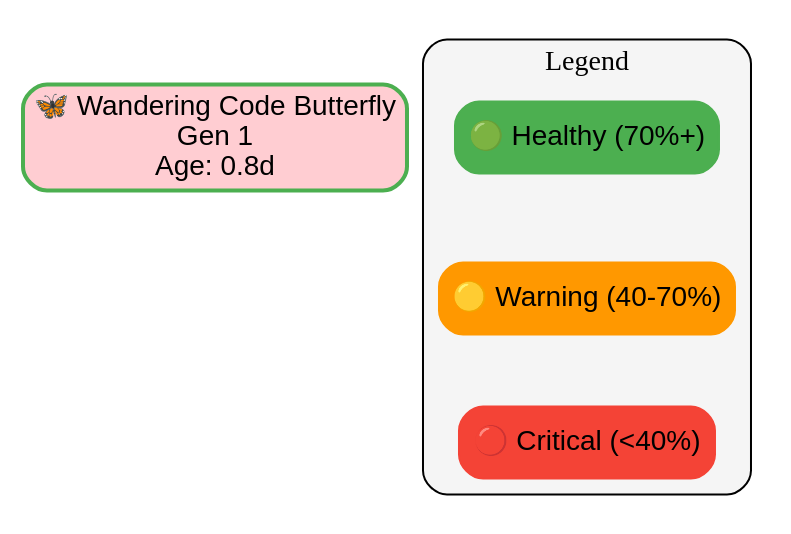
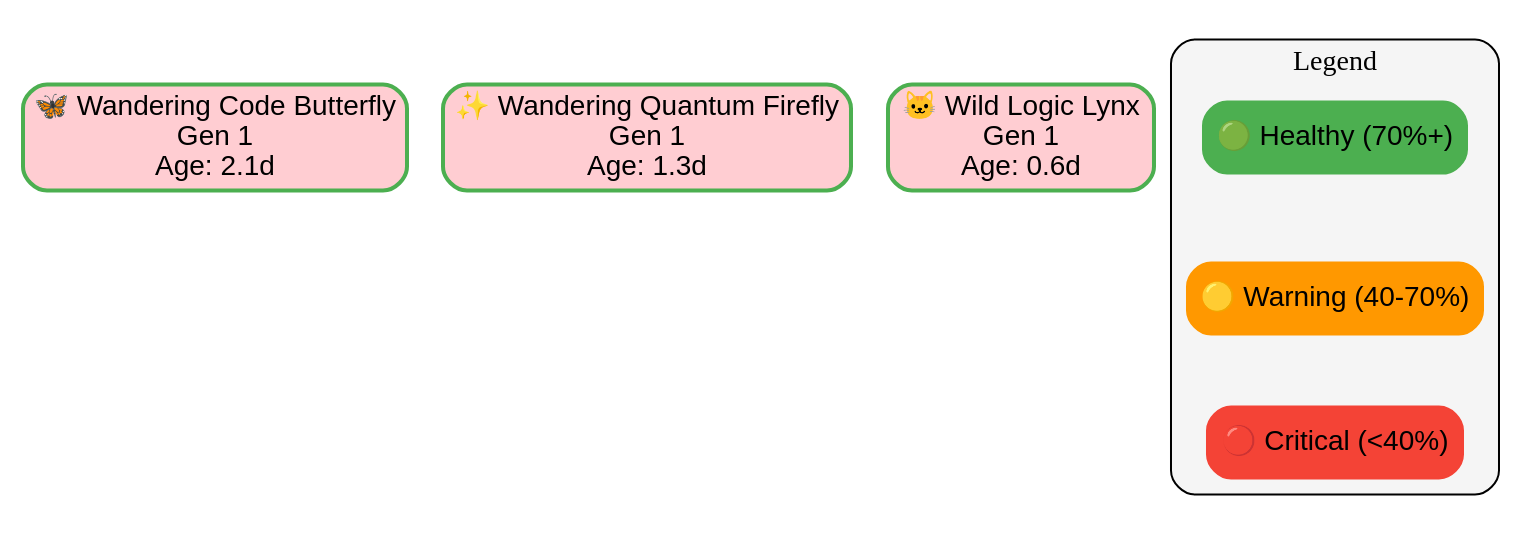
The diagram in .ecosystem/visualizations/family_tree.dot (batmac/digital-ecosystem), drawn with Graphviz before and after one commit. The commit also changed 4 other files, not shown here.

```diff
--- a/.ecosystem/visualizations/family_tree.dot
+++ b/.ecosystem/visualizations/family_tree.dot
@@ -1,30 +1,44 @@
 
 digraph EcosystemFamilyTree {
     rankdir=TB;
     node [shape=box, style="rounded,filled", fontname="Arial"];
     edge [fontname="Arial"];
     
     // Style pour différentes générations
     node [fillcolor="#E3F2FD"];
 
         "code_butterfly_1753392858_5357" [
-            label="🦋 Wandering Code Butterfly\nGen 1\nAge: 0.8d",
+            label="🦋 Wandering Code Butterfly\nGen 1\nAge: 2.1d",
+            fillcolor="#FFCDD2",
+            color="#4CAF50",
+            penwidth=2
+        ];
+    
+        "quantum_firefly_1753393678_6656" [
+            label="✨ Wandering Quantum Firefly\nGen 1\nAge: 1.3d",
+            fillcolor="#FFCDD2",
+            color="#4CAF50",
+            penwidth=2
+        ];
+    
+        "logic_lynx_1753394863_7694" [
+            label="🐱 Wild Logic Lynx\nGen 1\nAge: 0.6d",
             fillcolor="#FFCDD2",
             color="#4CAF50",
             penwidth=2
         ];
     
     
     // Légende
     subgraph cluster_legend {
         label="Legend";
         style="rounded,filled";
         fillcolor="#F5F5F5";
         
         legend1 [label="🟢 Healthy (70%+)", fillcolor="#4CAF50", color="#4CAF50"];
         legend2 [label="🟡 Warning (40-70%)", fillcolor="#FF9800", color="#FF9800"];
         legend3 [label="🔴 Critical (<40%)", fillcolor="#F44336", color="#F44336"];
         
         legend1 -> legend2 -> legend3 [style=invis];
     }
 }
```
